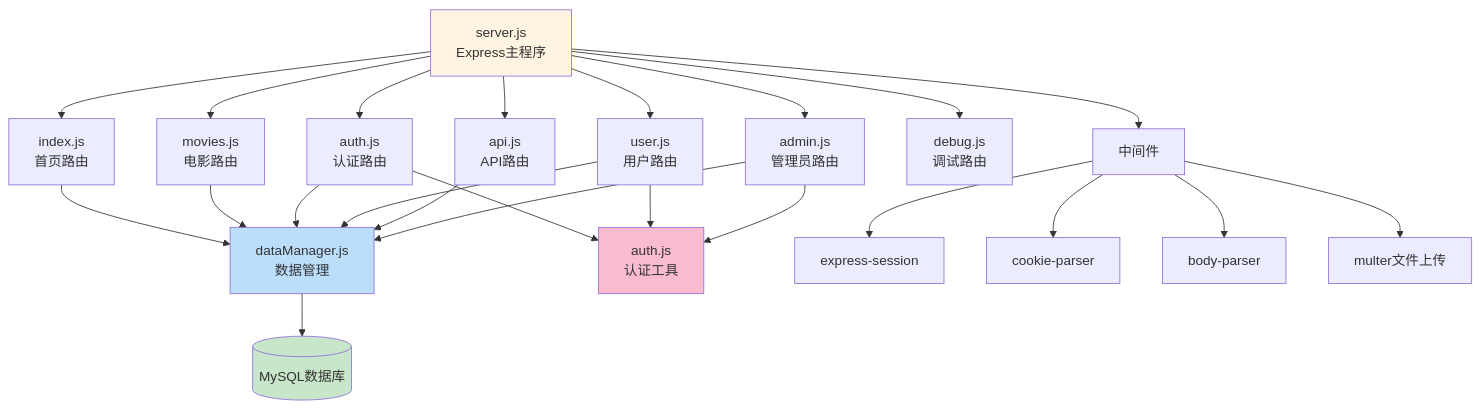
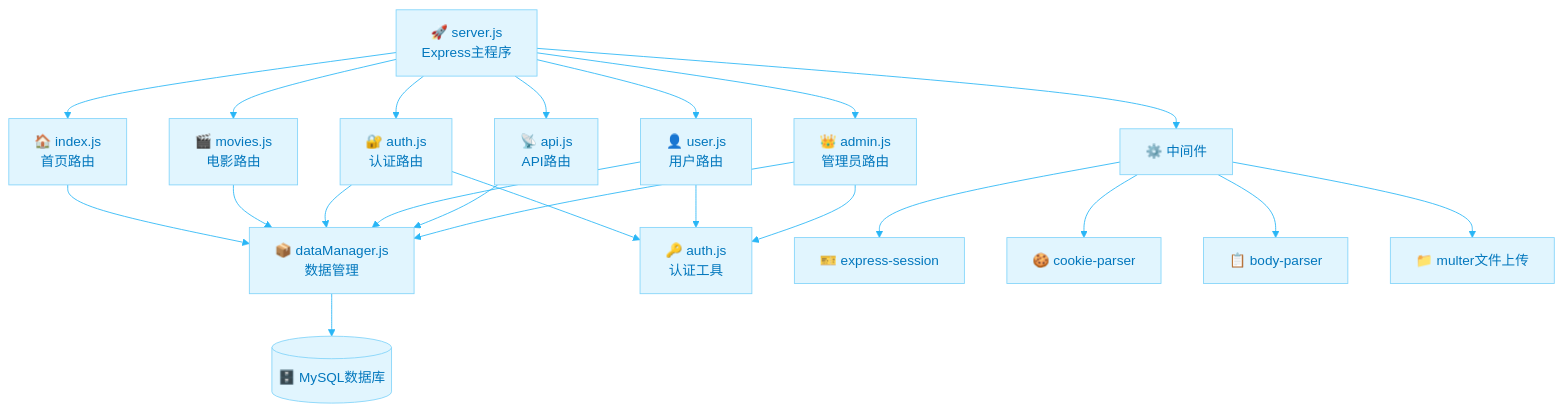
Before and after one commit to keyoshoin/movie-website: diagram 12 of 18 in docs/架构设计.md, drawn with Mermaid. The commit also changed other lines of this file, not shown here.

````diff
--- a/docs/架构设计.md
+++ b/docs/架构设计.md
@@ -523,34 +458,29 @@
 ```mermaid
+%%{init: {'theme': 'base', 'themeVariables': { 'primaryColor': '#e1f5fe', 'primaryTextColor': '#0277bd', 'primaryBorderColor': '#81d4fa', 'lineColor': '#29b6f6'}}}%%
 graph TD
-    Server[server.js<br/>Express主程序] --> IndexRoute[index.js<br/>首页路由]
-    Server --> MoviesRoute[movies.js<br/>电影路由]
-    Server --> AuthRoute[auth.js<br/>认证路由]
-    Server --> UserRoute[user.js<br/>用户路由]
-    Server --> APIRoute[api.js<br/>API路由]
-    Server --> AdminRoute[admin.js<br/>管理员路由]
-    Server --> DebugRoute[debug.js<br/>调试路由]
+    Server["🚀 server.js<br/>Express主程序"] --> IndexRoute["🏠 index.js<br/>首页路由"]
+    Server --> MoviesRoute["🎬 movies.js<br/>电影路由"]
+    Server --> AuthRoute["🔐 auth.js<br/>认证路由"]
+    Server --> UserRoute["👤 user.js<br/>用户路由"]
+    Server --> APIRoute["📡 api.js<br/>API路由"]
+    Server --> AdminRoute["👑 admin.js<br/>管理员路由"]
     
-    IndexRoute --> DataManager[dataManager.js<br/>数据管理]
+    IndexRoute --> DataManager["📦 dataManager.js<br/>数据管理"]
     MoviesRoute --> DataManager
     AuthRoute --> DataManager
     UserRoute --> DataManager
     APIRoute --> DataManager
     AdminRoute --> DataManager
     
-    AuthRoute --> AuthUtil[auth.js<br/>认证工具]
+    AuthRoute --> AuthUtil["🔑 auth.js<br/>认证工具"]
     UserRoute --> AuthUtil
     AdminRoute --> AuthUtil
     
-    Server --> Middleware[中间件]
-    Middleware --> Session[express-session]
-    Middleware --> Cookie[cookie-parser]
-    Middleware --> BodyParser[body-parser]
-    Middleware --> Multer[multer文件上传]
+    Server --> Middleware["⚙️ 中间件"]
+    Middleware --> Session["🎫 express-session"]
+    Middleware --> Cookie["🍪 cookie-parser"]
+    Middleware --> BodyParser["📋 body-parser"]
+    Middleware --> Multer["📁 multer文件上传"]
     
-    DataManager --> Database[(MySQL数据库)]
-    
-    style Server fill:#fff4e1
-    style Database fill:#c8e6c9
-    style DataManager fill:#bbdefb
-    style AuthUtil fill:#f8bbd0
+    DataManager --> Database[("🗄️ MySQL数据库")]
 ```
````
